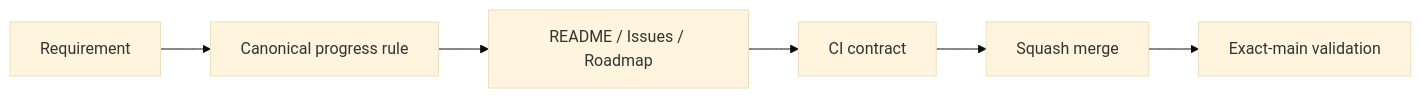
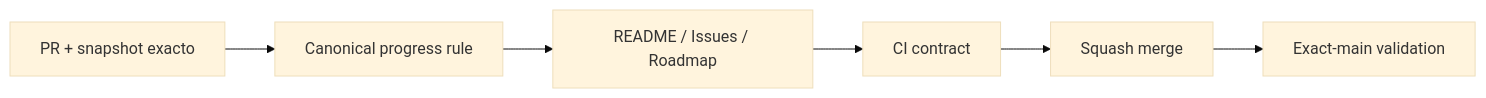
One commit to pl0n3r/brvtal changed the diagram in README.md. Above: the diagram before and after it, drawn with Mermaid (base theme).

Commit message:
docs: preserve canonical README delivery marker

````diff
--- a/README.md
+++ b/README.md
@@ -48,8 +48,8 @@
 ```mermaid
 flowchart LR
- A["Requirement"] --> R["Canonical progress rule"]
+ A["PR + snapshot exacto"] --> R["Canonical progress rule"]
  R --> T["README / Issues / Roadmap"]
  T --> C["CI contract"]
  C --> M["Squash merge"]
  M --> X["Exact-main validation"]
 ```
````
